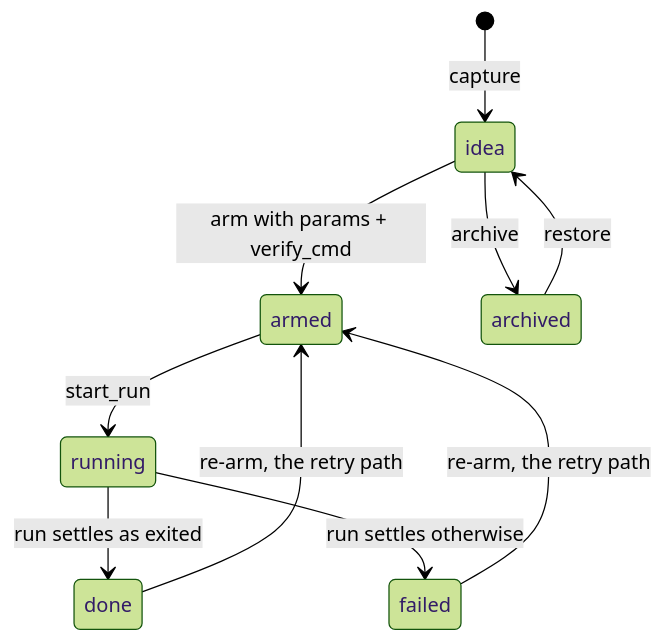
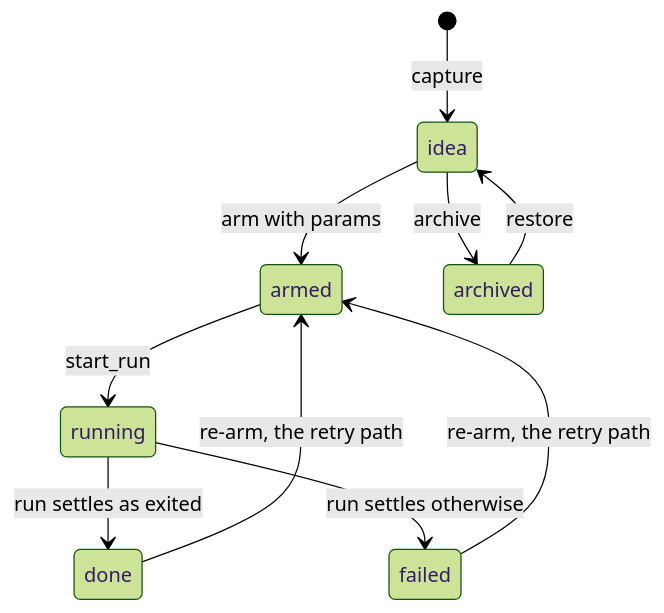
The first of 3 diagrams in docs/spec-notation.md (caiuswang/regin), drawn with Mermaid (forest theme) before and after one commit. The commit also changed 61 other files, not shown here.

First line of the commit message:
feat(F155 S1): retire verify_cmd; alembic 0040 adds feature_links

````diff
--- a/docs/spec-notation.md
+++ b/docs/spec-notation.md
@@ -142,12 +142,12 @@
 ```mermaid
 stateDiagram-v2
   [*] --> idea: capture
-  idea --> armed: arm with params + verify_cmd
+  idea --> armed: arm with params
   armed --> running: start_run
   running --> done: run settles as exited
   running --> failed: run settles otherwise
   done --> armed: re-arm, the retry path
   failed --> armed: re-arm, the retry path
   idea --> archived: archive
   archived --> idea: restore
 ```
````
